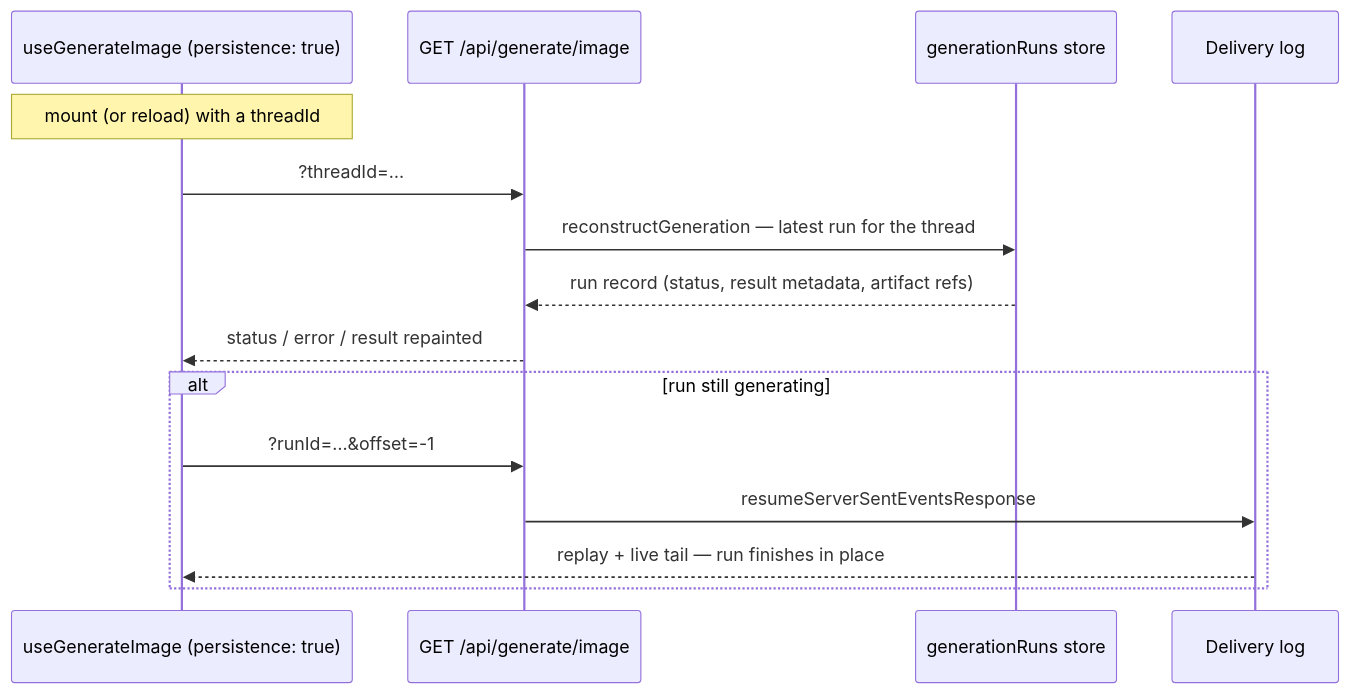
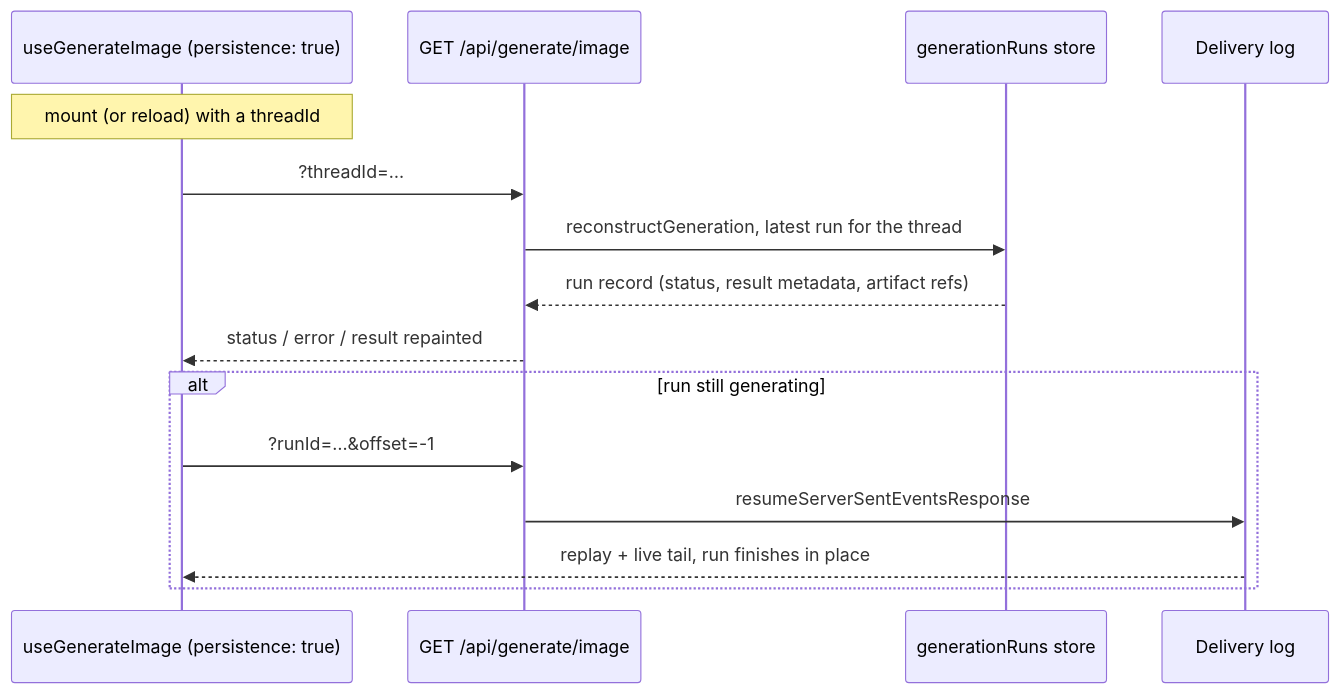
The second of 2 diagrams in docs/persistence/generation-persistence.md (8times4/ai), drawn with Mermaid before and after one commit. The commit also changed other lines of this file and 84 other files, not shown here.

````diff
--- a/docs/persistence/generation-persistence.md
+++ b/docs/persistence/generation-persistence.md
@@ -192,18 +192,18 @@
 ```mermaid
 sequenceDiagram
     participant Hook as useGenerateImage (persistence: true)
     participant Route as GET /api/generate/image
     participant Runs as generationRuns store
     participant Log as Delivery log
 
     Note over Hook: mount (or reload) with a threadId
     Hook->>Route: ?threadId=…
-    Route->>Runs: reconstructGeneration — latest run for the thread
+    Route->>Runs: reconstructGeneration, latest run for the thread
     Runs-->>Route: run record (status, result metadata, artifact refs)
     Route-->>Hook: status / error / result repainted
     alt run still generating
         Hook->>Route: ?runId=…&offset=-1
         Route->>Log: resumeServerSentEventsResponse
-        Log-->>Hook: replay + live tail — run finishes in place
+        Log-->>Hook: replay + live tail, run finishes in place
     end
 ```
````
